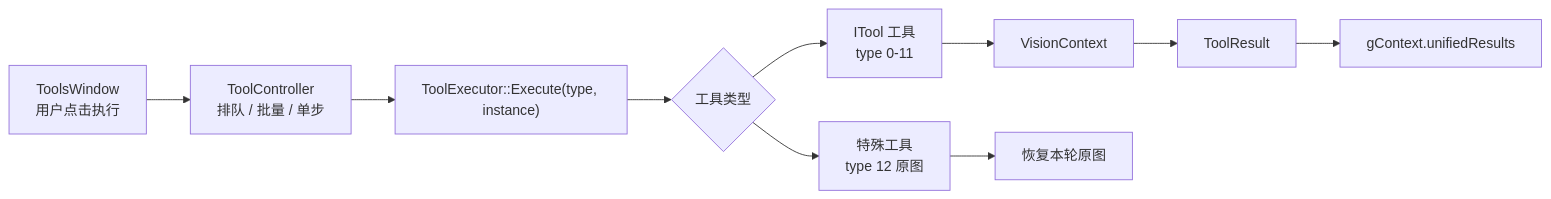
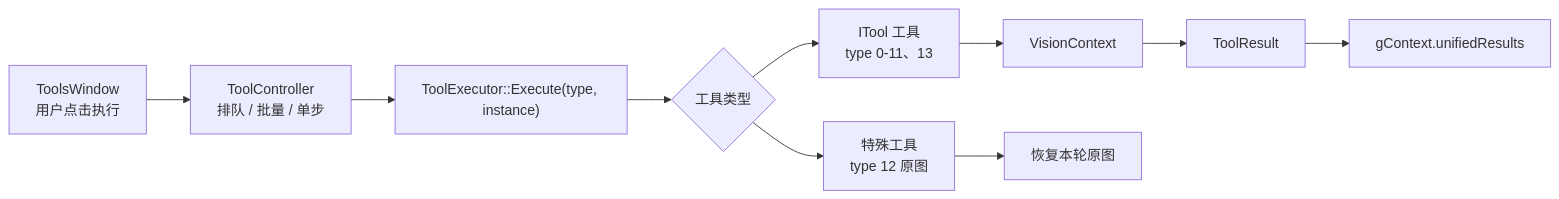
The second of 2 diagrams in docs/CODE_STRUCTURE.md (Jdkshen/IMgui_Opencv), drawn with Mermaid before and after one commit. The commit also changed other lines of this file and 90 other files, not shown here.

Commit message:
Refactor IMgui OpenCV app structure and UI flow

````diff
--- a/docs/CODE_STRUCTURE.md
+++ b/docs/CODE_STRUCTURE.md
@@ -348,12 +361,12 @@
 ```mermaid
 flowchart LR
     A["ToolsWindow<br/>用户点击执行"] --> B["ToolController<br/>排队 / 批量 / 单步"]
     B --> C["ToolExecutor::Execute(type, instance)"]
     C --> D{"工具类型"}
     D --> E["特殊工具<br/>type 12 原图"]
-    D --> F["ITool 工具<br/>type 0-11"]
+    D --> F["ITool 工具<br/>type 0-11、13"]
     F --> G["VisionContext"]
     G --> H["ToolResult"]
     E --> I["恢复本轮原图"]
     H --> J["gContext.unifiedResults"]
 ```
````
